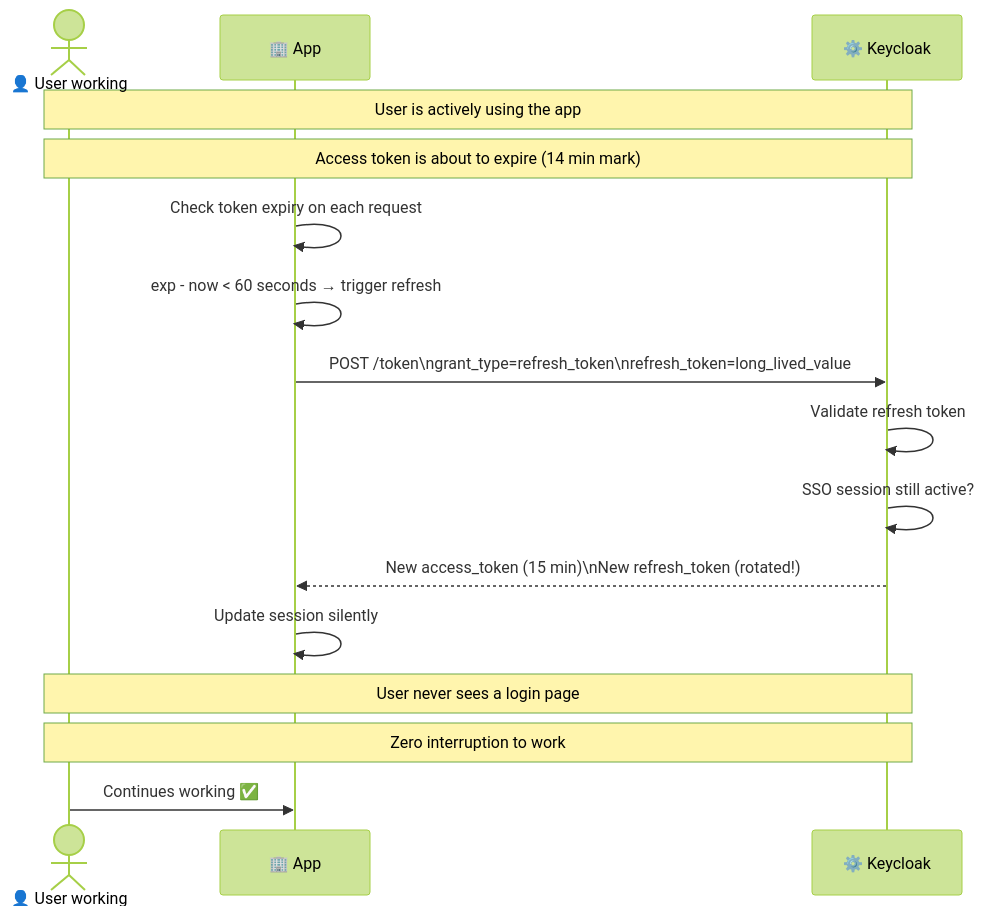
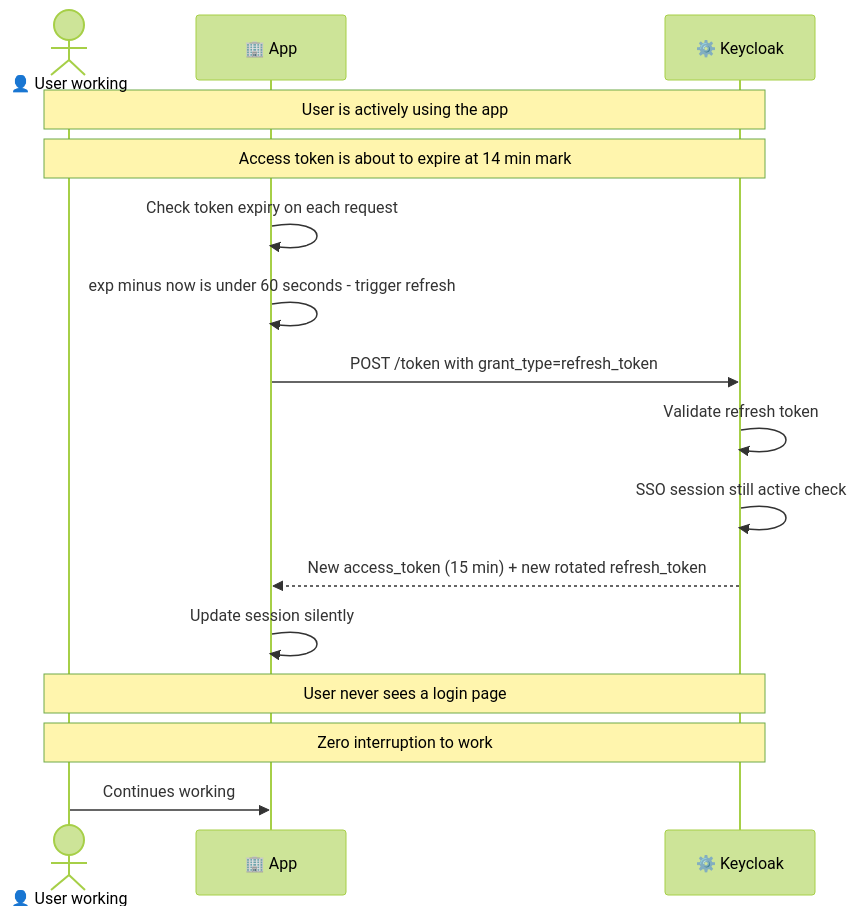
Before and after one commit to Mannokuruba/sso-keyclock: diagram 15 of 21 in docs/INSURANCE-SSO-DESIGN.md, drawn with Mermaid (forest theme). The commit also changed other lines of this file, not shown here.

Commit message:
fix: resolve Mermaid parse errors in insurance SSO diagrams

````diff
--- a/docs/INSURANCE-SSO-DESIGN.md
+++ b/docs/INSURANCE-SSO-DESIGN.md
@@ -661,22 +646,22 @@
 ```mermaid
 sequenceDiagram
     actor U as 👤 User working
     participant APP as 🏢 App
     participant KC as ⚙️ Keycloak
 
     Note over U,KC: User is actively using the app
-    Note over U,KC: Access token is about to expire (14 min mark)
+    Note over U,KC: Access token is about to expire at 14 min mark
 
     APP->>APP: Check token expiry on each request
-    APP->>APP: exp - now < 60 seconds → trigger refresh
+    APP->>APP: exp minus now is under 60 seconds - trigger refresh
 
-    APP->>KC: POST /token\ngrant_type=refresh_token\nrefresh_token=long_lived_value
+    APP->>KC: POST /token with grant_type=refresh_token
     KC->>KC: Validate refresh token
-    KC->>KC: SSO session still active?
-    KC-->>APP: New access_token (15 min)\nNew refresh_token (rotated!)
+    KC->>KC: SSO session still active check
+    KC-->>APP: New access_token (15 min) + new rotated refresh_token
     APP->>APP: Update session silently
 
     Note over U,KC: User never sees a login page
     Note over U,KC: Zero interruption to work
-    U->>APP: Continues working ✅
+    U->>APP: Continues working
 ```
````
